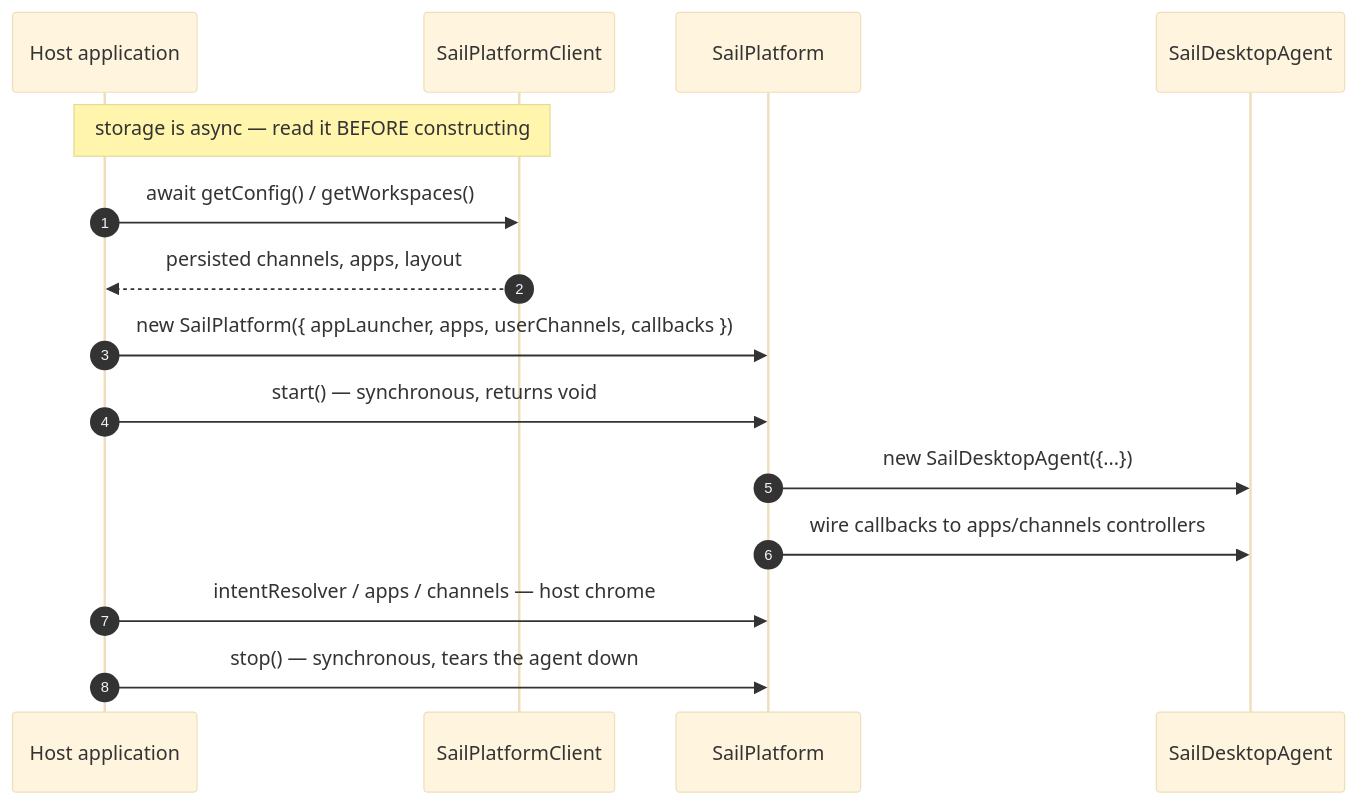
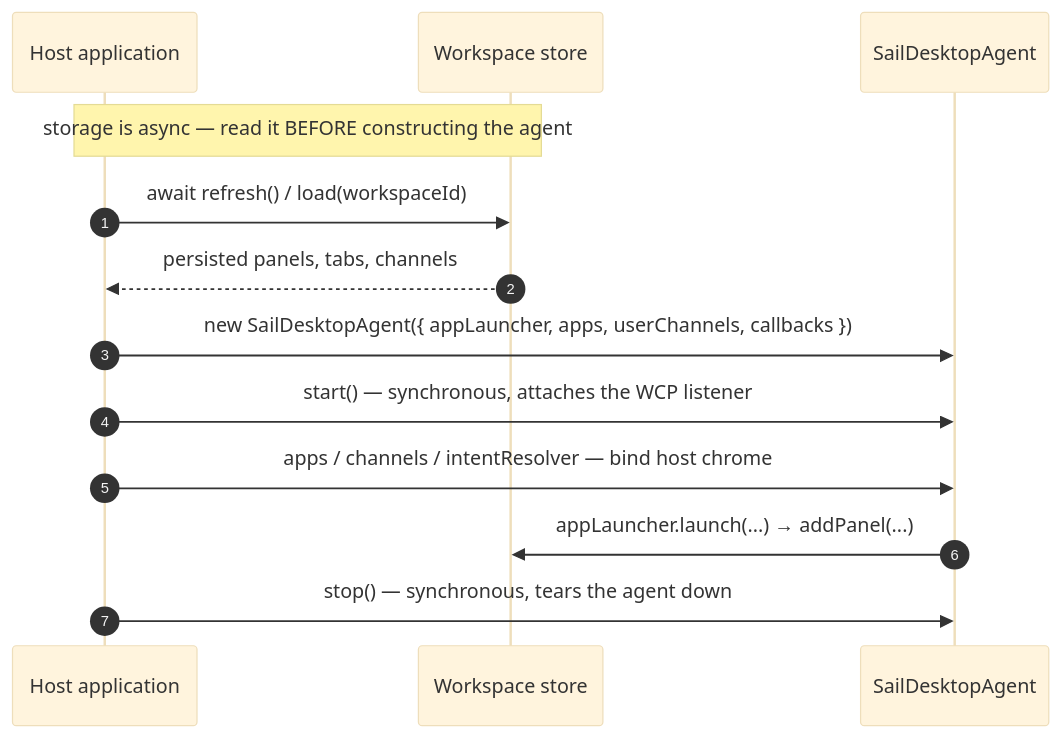
Before and after one commit to SeeWhatsOn/FDC3-Sail: the second of 2 diagrams in website/docs/architecture/overview.md, drawn with Mermaid (base theme). The commit also changed other lines of this file and 26 other files, not shown here.

First line of the commit message:
refactor: update documentation and plans following the removal of SailPlatform

````diff
--- a/website/docs/architecture/overview.md
+++ b/website/docs/architecture/overview.md
@@ -140,18 +137,16 @@
 ```mermaid
 sequenceDiagram
   autonumber
   participant Host as Host application
-  participant SPC as SailPlatformClient
-  participant SP as SailPlatform
+  participant WS as Workspace store
   participant SDA as SailDesktopAgent
 
-  Note over Host,SPC: storage is async — read it BEFORE constructing
-  Host->>SPC: await getConfig() / getWorkspaces()
-  SPC-->>Host: persisted channels, apps, layout
-  Host->>SP: new SailPlatform({ appLauncher, apps, userChannels, callbacks })
-  Host->>SP: start()          — synchronous, returns void
-  SP->>SDA: new SailDesktopAgent({...})
-  SP->>SDA: wire callbacks to apps/channels controllers
-  Host->>SP: intentResolver / apps / channels — host chrome
-  Host->>SP: stop()           — synchronous, tears the agent down
+  Note over Host,WS: storage is async — read it BEFORE constructing the agent
+  Host->>WS: await refresh() / load(workspaceId)
+  WS-->>Host: persisted panels, tabs, channels
+  Host->>SDA: new SailDesktopAgent({ appLauncher, apps, userChannels, callbacks })
+  Host->>SDA: start()   — synchronous, attaches the WCP listener
+  Host->>SDA: apps / channels / intentResolver — bind host chrome
+  SDA->>WS: appLauncher.launch(...) → addPanel(...)
+  Host->>SDA: stop()    — synchronous, tears the agent down
 ```
````
